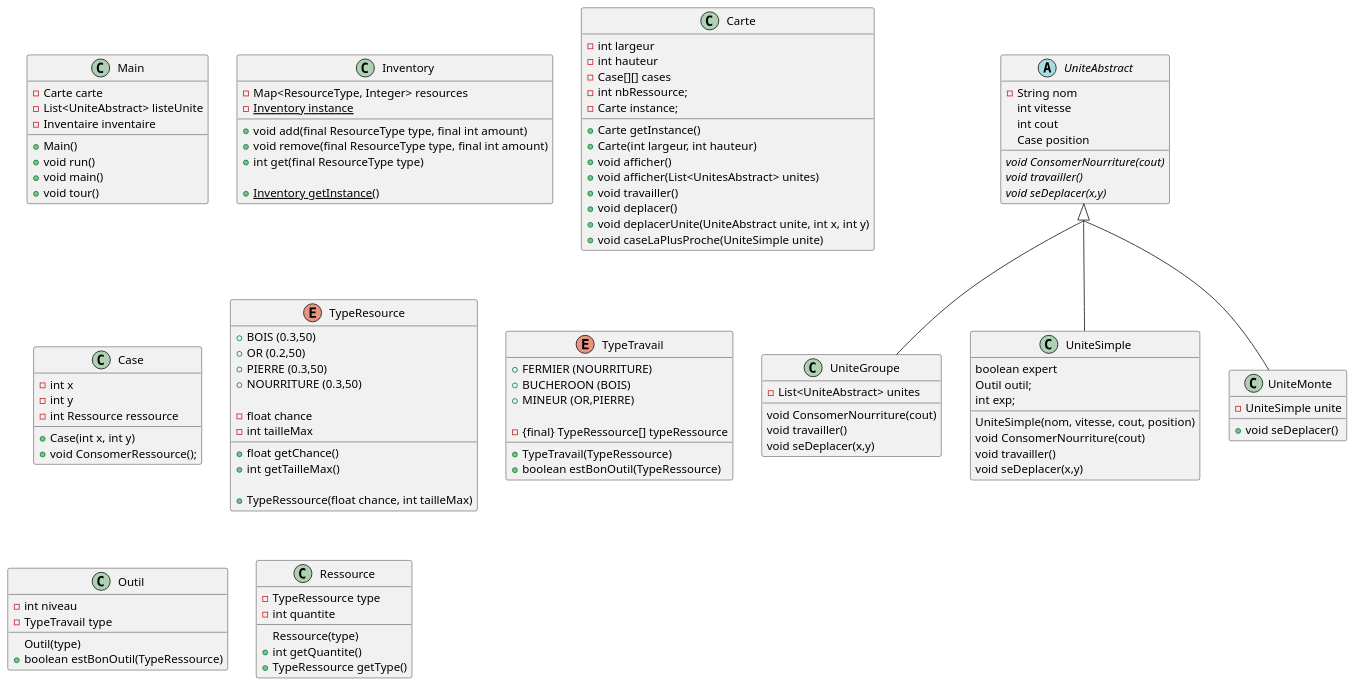
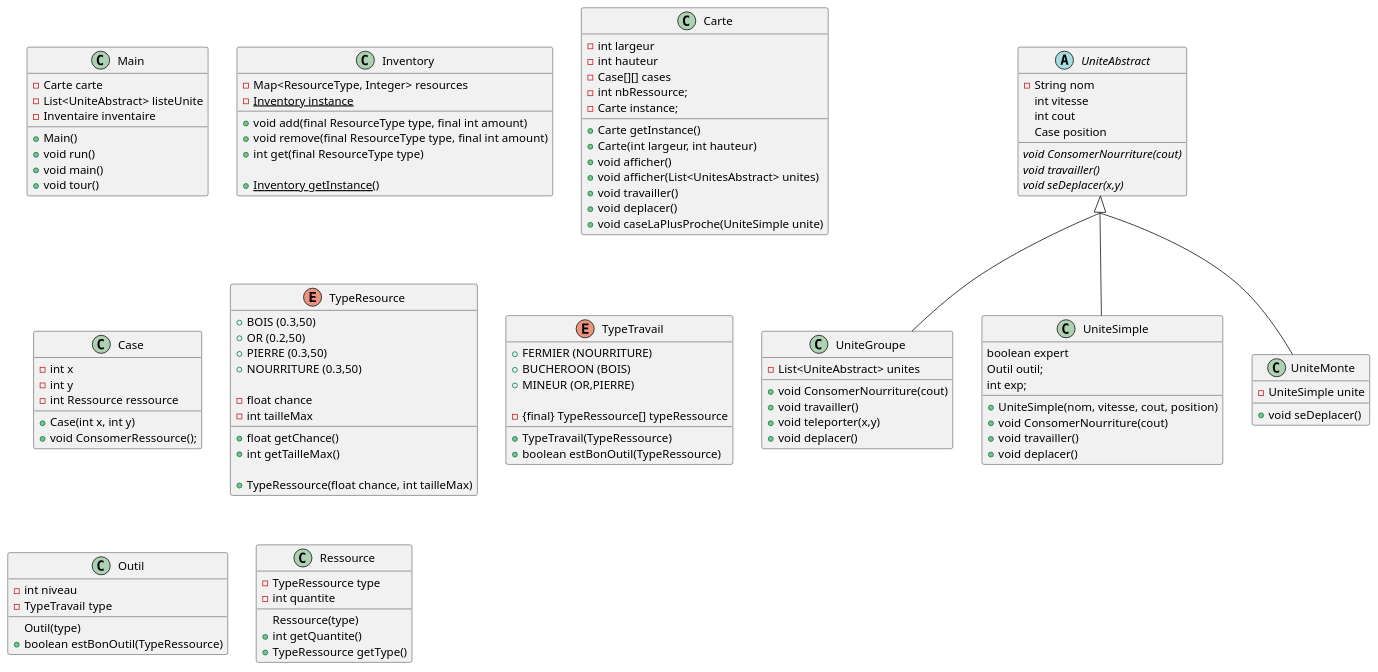
One commit to Pireeee/ProjetStrategie changed the diagram in src/main/Diagram.puml. Above: the diagram before and after it, drawn with PlantUML. The commit also changed 4 other files, not shown here.

```diff
--- a/src/main/Diagram.puml
+++ b/src/main/Diagram.puml
@@ -1,129 +1,129 @@
 @startuml
 skinparam groupInheritance 2
 
 class Main {
   -Carte carte
   -List<UniteAbstract> listeUnite
   -Inventaire inventaire
 
   +Main()
   +void run()
   +void main()
   +void tour()
 }
 
 class Inventory {
   -Map<ResourceType, Integer> resources
   -{static} Inventory instance
 
   +void add(final ResourceType type, final int amount)
   +void remove(final ResourceType type, final int amount)
   +int get(final ResourceType type)
 
   +{static} Inventory getInstance()
 }
 
 class Carte {
   -int largeur
   -int hauteur
   -Case[][] cases
   -int nbRessource;
   -Carte instance;
 
   +Carte getInstance()
   +Carte(int largeur, int hauteur)
   +void afficher()
   +void afficher(List<UnitesAbstract> unites)
   +void travailler()
   +void deplacer()
-  +void deplacerUnite(UniteAbstract unite, int x, int y)
   +void caseLaPlusProche(UniteSimple unite)
 }
 
 class Case {
   -int x
   -int y
   -int Ressource ressource
 
     +Case(int x, int y)
     +void ConsomerRessource();
 }
 
 enum TypeResource {
   +{field} BOIS (0.3,50)
   +{field} OR (0.2,50)
   +{field} PIERRE (0.3,50)
   +{field} NOURRITURE (0.3,50)
 
   -float chance
   -int tailleMax
 
   +float getChance()
   +int getTailleMax()
 
   +TypeRessource(float chance, int tailleMax)
 }
 enum TypeTravail {
   +{field} FERMIER (NOURRITURE)
   +{field} BUCHEROON (BOIS)
   +{field} MINEUR (OR,PIERRE)
 
   -{final} TypeRessource[] typeRessource
 
   +TypeTravail(TypeRessource)
   +boolean estBonOutil(TypeRessource)
 }
 abstract class UniteAbstract{
   -String nom
   int vitesse
   int cout
   Case position
 
   {abstract} void ConsomerNourriture(cout)
   {abstract} void travailler()
   {abstract} void seDeplacer(x,y)
 }
 
 class UniteGroupe extends UniteAbstract {
   -List<UniteAbstract> unites
 
-  void ConsomerNourriture(cout)
-  void travailler()
-  void seDeplacer(x,y)
+  +void ConsomerNourriture(cout)
+  +void travailler()
+  +void teleporter(x,y)
+  +void deplacer()
 }
 
 class UniteSimple extends UniteAbstract {
    boolean expert
    Outil outil;
    int exp;
 
-   UniteSimple(nom, vitesse, cout, position)
-   void ConsomerNourriture(cout)
-   void travailler()
-   void seDeplacer(x,y)
+   +UniteSimple(nom, vitesse, cout, position)
+   +void ConsomerNourriture(cout)
+   +void travailler()
+   +void deplacer()
 
 }
 
 class UniteMonte extends UniteAbstract {
   -UniteSimple unite
 
   +void seDeplacer()
 }
 
 class Outil{
   -int niveau
   -TypeTravail type
 
   Outil(type)
   +boolean estBonOutil(TypeRessource)
 }
 class Ressource{
   -TypeRessource type
   -int quantite
 
   Ressource(type)
   +int getQuantite()
   +TypeRessource getType()
 }
 
 @enduml
```
